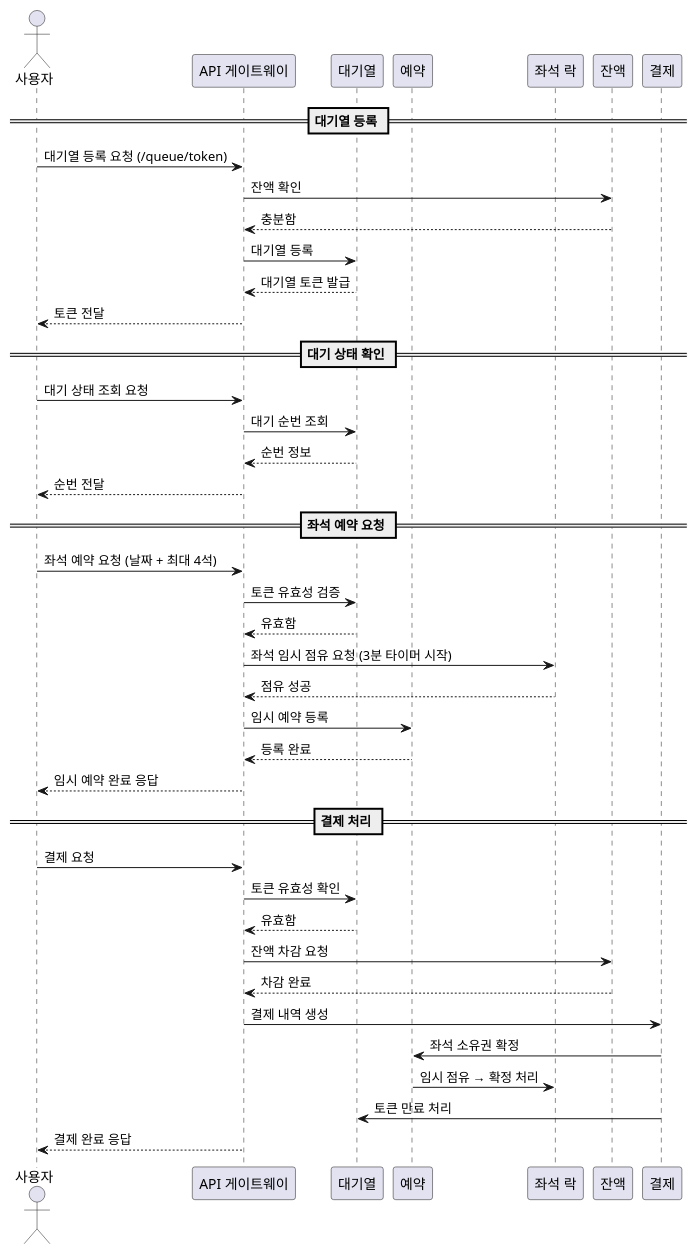
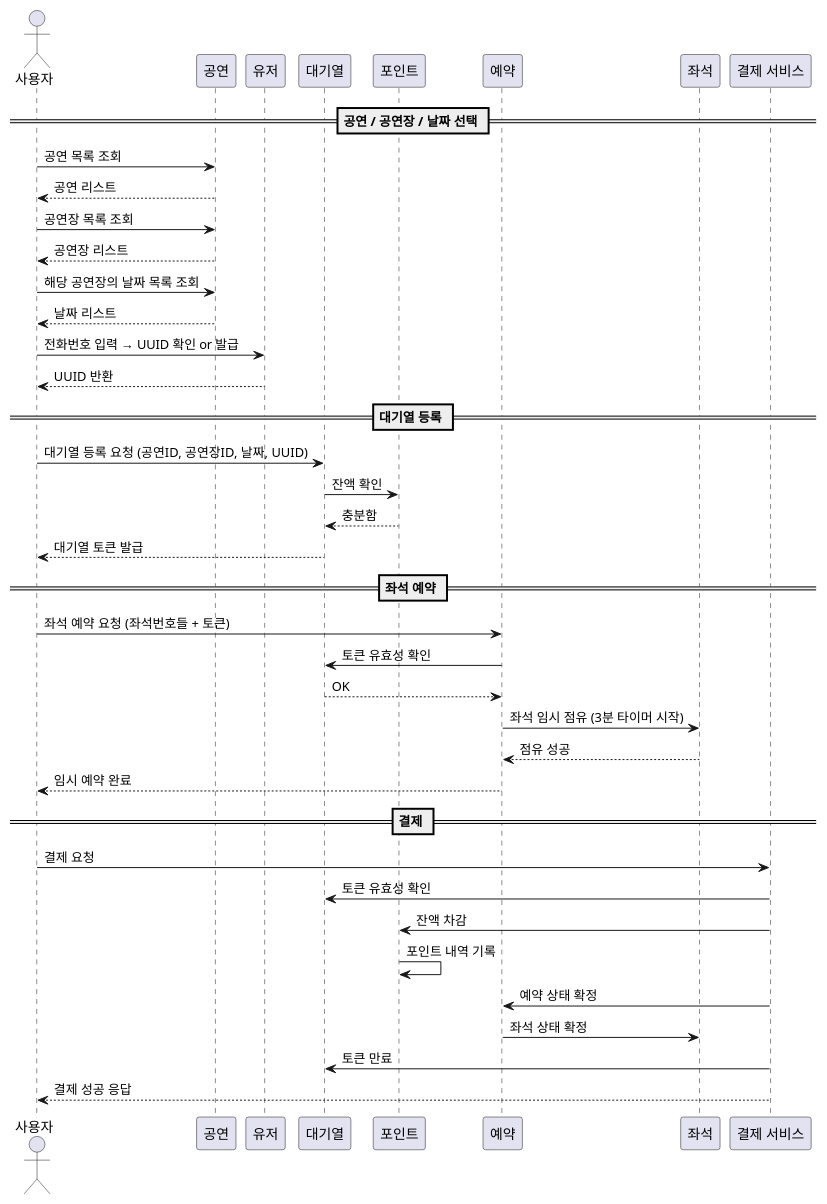
The diagram in docs/Sequence.puml (shAn-kor/hanghae99-server-java), drawn with PlantUML before and after one commit. The commit also changed 4 other files, not shown here.

Commit message:
Docs: Fix Diagrams 문서 수정

```diff
--- a/docs/Sequence.puml
+++ b/docs/Sequence.puml
@@ -1,46 +1,48 @@
 @startuml
 actor 사용자
-participant "API 게이트웨이" as API
+participant "공연" as 공연
+participant "유저" as 유저
 participant "대기열" as 대기열
+participant "포인트" as 포인트
 participant "예약" as 예약
-participant "좌석 락" as 락
-participant "잔액" as 잔액
-participant "결제" as 결제
+participant "좌석" as 락
+participant "결제 서비스" as 결제
+
+== 공연 / 공연장 / 날짜 선택 ==
+사용자 -> 공연 : 공연 목록 조회
+공연 --> 사용자 : 공연 리스트
+
+사용자 -> 공연 : 공연장 목록 조회
+공연 --> 사용자 : 공연장 리스트
+
+사용자 -> 공연 : 해당 공연장의 날짜 목록 조회
+공연 --> 사용자 : 날짜 리스트
+
+사용자 -> 유저 : 전화번호 입력 → UUID 확인 or 발급
+유저 --> 사용자 : UUID 반환
 
 == 대기열 등록 ==
-사용자 -> API : 대기열 등록 요청 (/queue/token)
-API -> 잔액 : 잔액 확인
-잔액 --> API : 충분함
-API -> 대기열 : 대기열 등록
-대기열 --> API : 대기열 토큰 발급
-API --> 사용자 : 토큰 전달
+사용자 -> 대기열 : 대기열 등록 요청 (공연ID, 공연장ID, 날짜, UUID)
+대기열 -> 포인트 : 잔액 확인
+포인트 --> 대기열 : 충분함
+대기열 --> 사용자 : 대기열 토큰 발급
 
-== 대기 상태 확인 ==
-사용자 -> API : 대기 상태 조회 요청
-API -> 대기열 : 대기 순번 조회
-대기열 --> API : 순번 정보
-API --> 사용자 : 순번 전달
+== 좌석 예약 ==
+사용자 -> 예약 : 좌석 예약 요청 (좌석번호들 + 토큰)
+예약 -> 대기열 : 토큰 유효성 확인
+대기열 --> 예약 : OK
+예약 -> 락 : 좌석 임시 점유 (3분 타이머 시작)
+락 --> 예약 : 점유 성공
+예약 --> 사용자 : 임시 예약 완료
 
-== 좌석 예약 요청 ==
-사용자 -> API : 좌석 예약 요청 (날짜 + 최대 4석)
-API -> 대기열 : 토큰 유효성 검증
-대기열 --> API : 유효함
-API -> 락 : 좌석 임시 점유 요청 (3분 타이머 시작)
-락 --> API : 점유 성공
-API -> 예약 : 임시 예약 등록
-예약 --> API : 등록 완료
-API --> 사용자 : 임시 예약 완료 응답
-
-== 결제 처리 ==
-사용자 -> API : 결제 요청
-API -> 대기열 : 토큰 유효성 확인
-대기열 --> API : 유효함
-API -> 잔액 : 잔액 차감 요청
-잔액 --> API : 차감 완료
-API -> 결제 : 결제 내역 생성
-결제 -> 예약 : 좌석 소유권 확정
-예약 -> 락 : 임시 점유 → 확정 처리
-결제 -> 대기열 : 토큰 만료 처리
-API --> 사용자 : 결제 완료 응답
+== 결제 ==
+사용자 -> 결제 : 결제 요청
+결제 -> 대기열 : 토큰 유효성 확인
+결제 -> 포인트 : 잔액 차감
+포인트 -> 포인트 : 포인트 내역 기록
+결제 -> 예약 : 예약 상태 확정
+예약 -> 락 : 좌석 상태 확정
+결제 -> 대기열 : 토큰 만료
+결제 --> 사용자 : 결제 성공 응답
 
 @enduml
```
